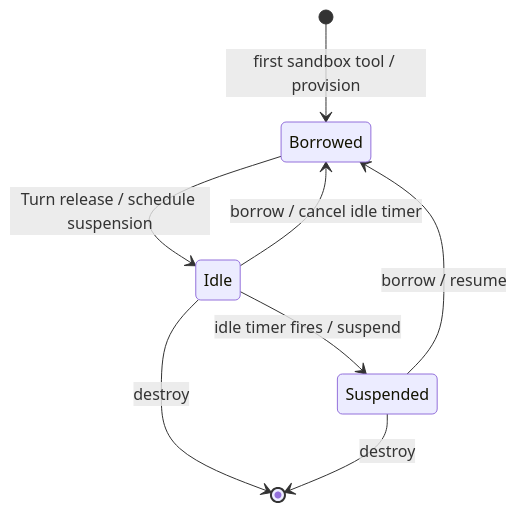
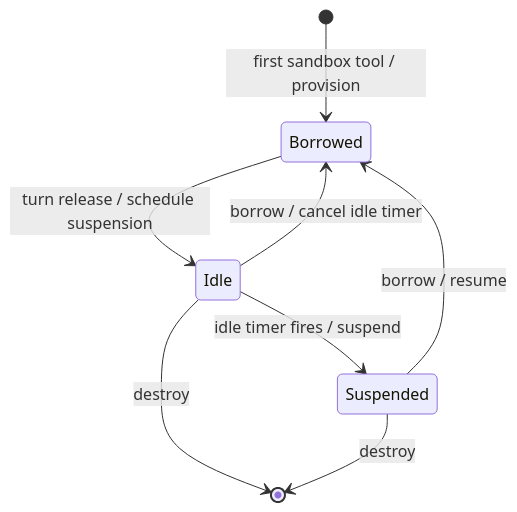
The diagram in docs/sandboxes.md (restatedev/agent), drawn with Mermaid before and after one commit. The commit also changed other lines of this file and 10 other files, not shown here.

Commit message:
docs: align guides with agent session architecture

````diff
--- a/docs/sandboxes.md
+++ b/docs/sandboxes.md
@@ -34,10 +34,10 @@
 ```mermaid
 stateDiagram-v2
   [*] --> Borrowed: first sandbox tool / provision
   Suspended --> Borrowed: borrow / resume
   Idle --> Borrowed: borrow / cancel idle timer
-  Borrowed --> Idle: Turn release / schedule suspension
+  Borrowed --> Idle: turn release / schedule suspension
   Idle --> Suspended: idle timer fires / suspend
   Idle --> [*]: destroy
   Suspended --> [*]: destroy
 ```
````
